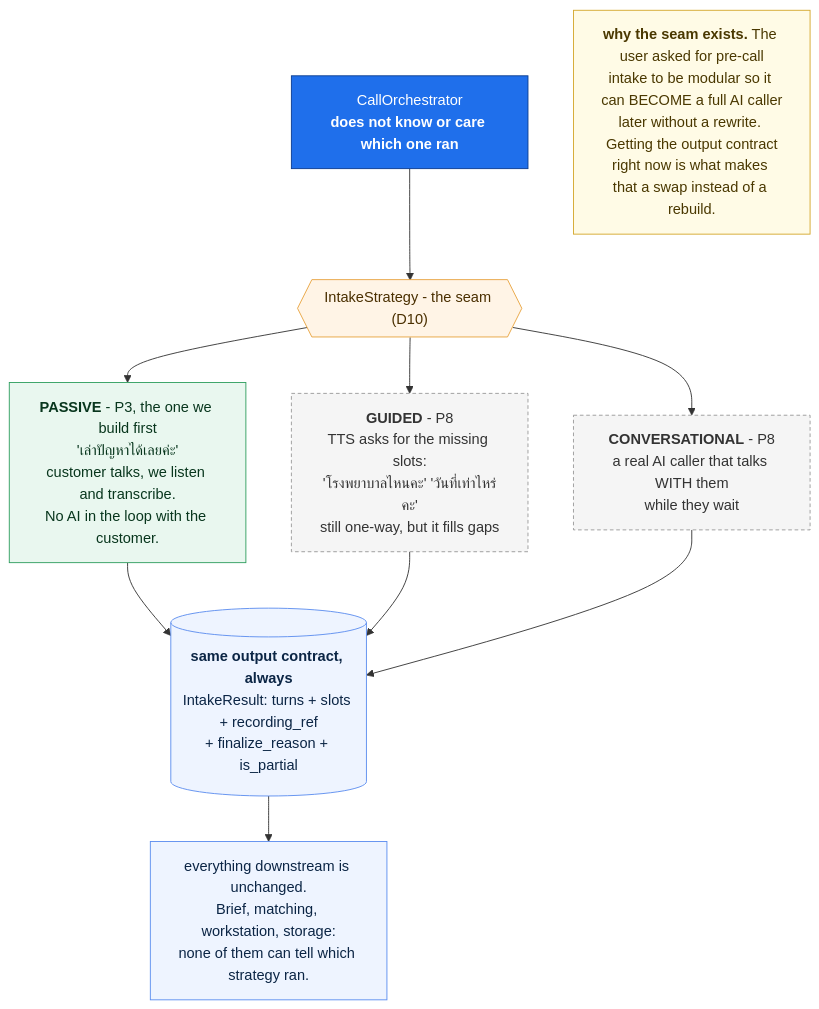
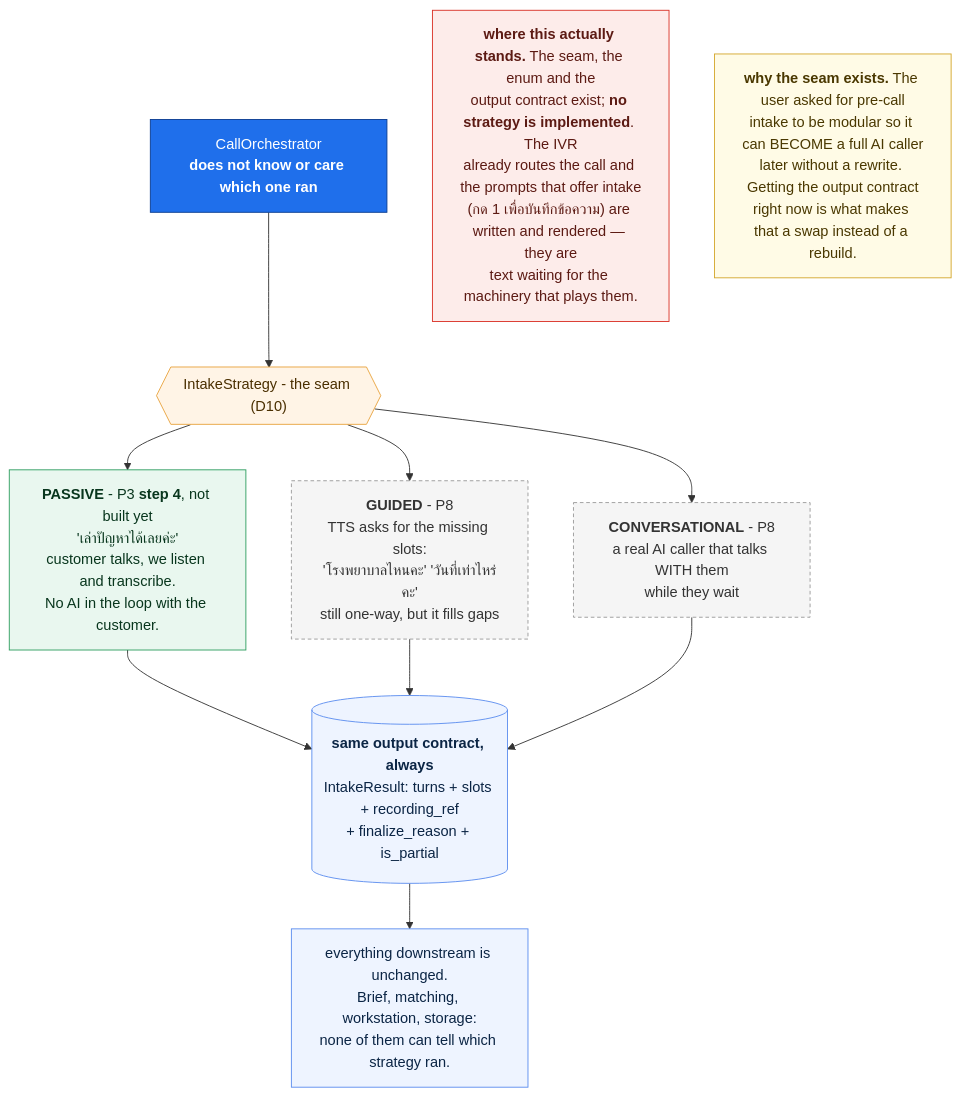
Before and after one commit to anakom-suvonvorn/Krungsri-ReadyCall: the diagram in docs/diagrams/src/intake_strategy.mmd, drawn with Mermaid. The commit also changed 33 other files, not shown here.

First line of the commit message:
docs: a staleness sweep of the hand-drawn diagrams

```diff
--- a/docs/diagrams/src/intake_strategy.mmd
+++ b/docs/diagrams/src/intake_strategy.mmd
@@ -1,25 +1,28 @@
-%% HANDWRITTEN. Checked against D10 + IntakeStrategyKind
+%% HANDWRITTEN. Checked against D10 + IntakeStrategyKind + the P3 step-4 boundary
 flowchart TB
     ORCH["CallOrchestrator<br/><b>does not know or care which one ran</b>"]:::orch
     ORCH --> SEAM{{"IntakeStrategy - the seam (D10)"}}:::seam
 
-    SEAM --> S1["<b>PASSIVE</b> - P3, the one we build first<br/>'เล่าปัญหาได้เลยค่ะ'<br/>customer talks, we listen and transcribe.<br/>No AI in the loop with the customer."]:::now
+    SEAM --> S1["<b>PASSIVE</b> - P3 <b>step 4</b>, not built yet<br/>'เล่าปัญหาได้เลยค่ะ'<br/>customer talks, we listen and transcribe.<br/>No AI in the loop with the customer."]:::now
     SEAM --> S2["<b>GUIDED</b> - P8<br/>TTS asks for the missing slots:<br/>'โรงพยาบาลไหนคะ' 'วันที่เท่าไหร่คะ'<br/>still one-way, but it fills gaps"]:::later
     SEAM --> S3["<b>CONVERSATIONAL</b> - P8<br/>a real AI caller that talks WITH them<br/>while they wait"]:::later
 
     S1 --> OUT
     S2 --> OUT
     S3 --> OUT
     OUT[("<b>same output contract, always</b><br/>IntakeResult: turns + slots + recording_ref<br/>+ finalize_reason + is_partial")]:::out
 
     OUT --> DOWN["everything downstream is unchanged.<br/>Brief, matching, workstation, storage:<br/>none of them can tell which strategy ran."]:::down
 
+    STATE["<b>where this actually stands.</b> The seam, the enum and the<br/>output contract exist; <b>no strategy is implemented</b>. The IVR<br/>already routes the call and the prompts that offer intake<br/>(กด 1 เพื่อบันทึกข้อความ) are written and rendered — they are<br/>text waiting for the machinery that plays them."]:::warn
+
     NOTE["<b>why the seam exists.</b> The user asked for pre-call<br/>intake to be modular so it can BECOME a full AI caller<br/>later without a rewrite. Getting the output contract<br/>right now is what makes that a swap instead of a rebuild."]:::note
 
     classDef orch fill:#1f6feb,stroke:#0b3d91,color:#fff
     classDef seam fill:#fff4e6,stroke:#e8a33d,color:#4a2f00
     classDef now fill:#e9f7ef,stroke:#2f9e5f,color:#08361d
     classDef later fill:#f5f5f5,stroke:#999,color:#333,stroke-dasharray:4 3
     classDef out fill:#eef4ff,stroke:#5b8def,color:#0b2545
     classDef down fill:#eef4ff,stroke:#5b8def,color:#0b2545
     classDef note fill:#fffbe6,stroke:#d4a72c,color:#4a3800
+    classDef warn fill:#fdecea,stroke:#d93025,color:#5c1a13
```
